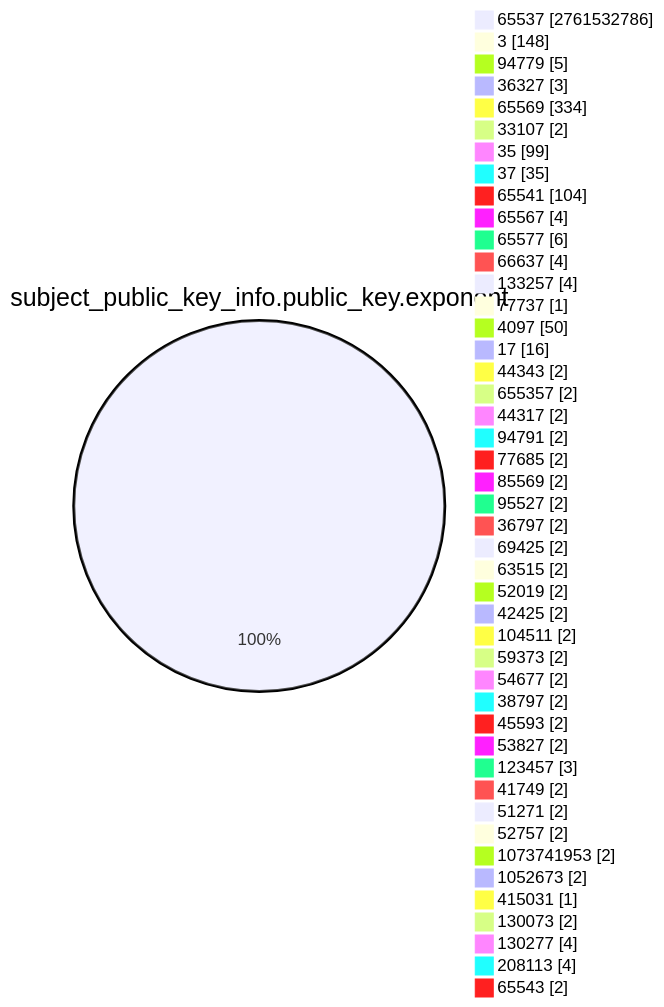
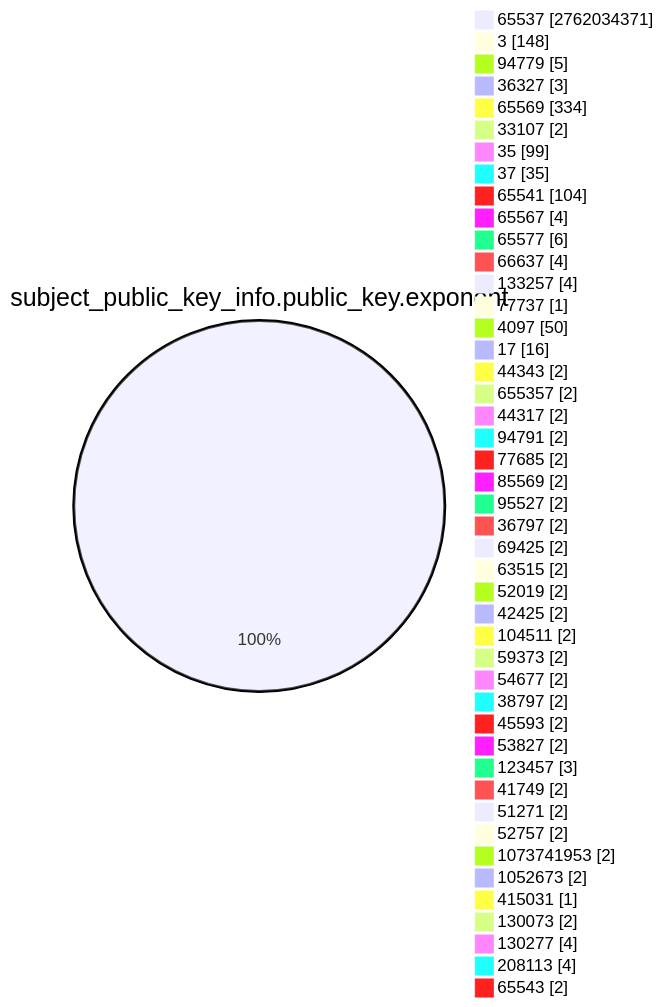
One commit to christiankrug/ctmonitor_visualization changed the fourth of 15 diagrams in TOTAL/README.md. Above: the diagram before and after it, drawn with Mermaid. The commit also changed other lines of this file, not shown here.

````diff
--- a/TOTAL/README.md
+++ b/TOTAL/README.md
@@ -1467,49 +1467,49 @@
 ```mermaid
 pie showData
 title subject_public_key_info.public_key.exponent
-"65537" :2761532786
+"65537" :2762034371
 "3" :148
 "94779" :5
 "36327" :3
 "65569" :334
 "33107" :2
 "35" :99
 "37" :35
 "65541" :104
 "65567" :4
 "65577" :6
 "66637" :4
 "133257" :4
 "77737" :1
 "4097" :50
 "17" :16
 "44343" :2
 "655357" :2
 "44317" :2
 "94791" :2
 "77685" :2
 "85569" :2
 "95527" :2
 "36797" :2
 "69425" :2
 "63515" :2
 "52019" :2
 "42425" :2
 "104511" :2
 "59373" :2
 "54677" :2
 "38797" :2
 "45593" :2
 "53827" :2
 "123457" :3
 "41749" :2
 "51271" :2
 "52757" :2
 "1073741953" :2
 "1052673" :2
 "415031" :1
 "130073" :2
 "130277" :4
 "208113" :4
 "65543" :2
 ```
````
